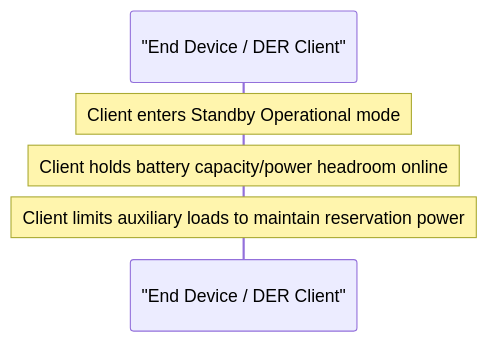
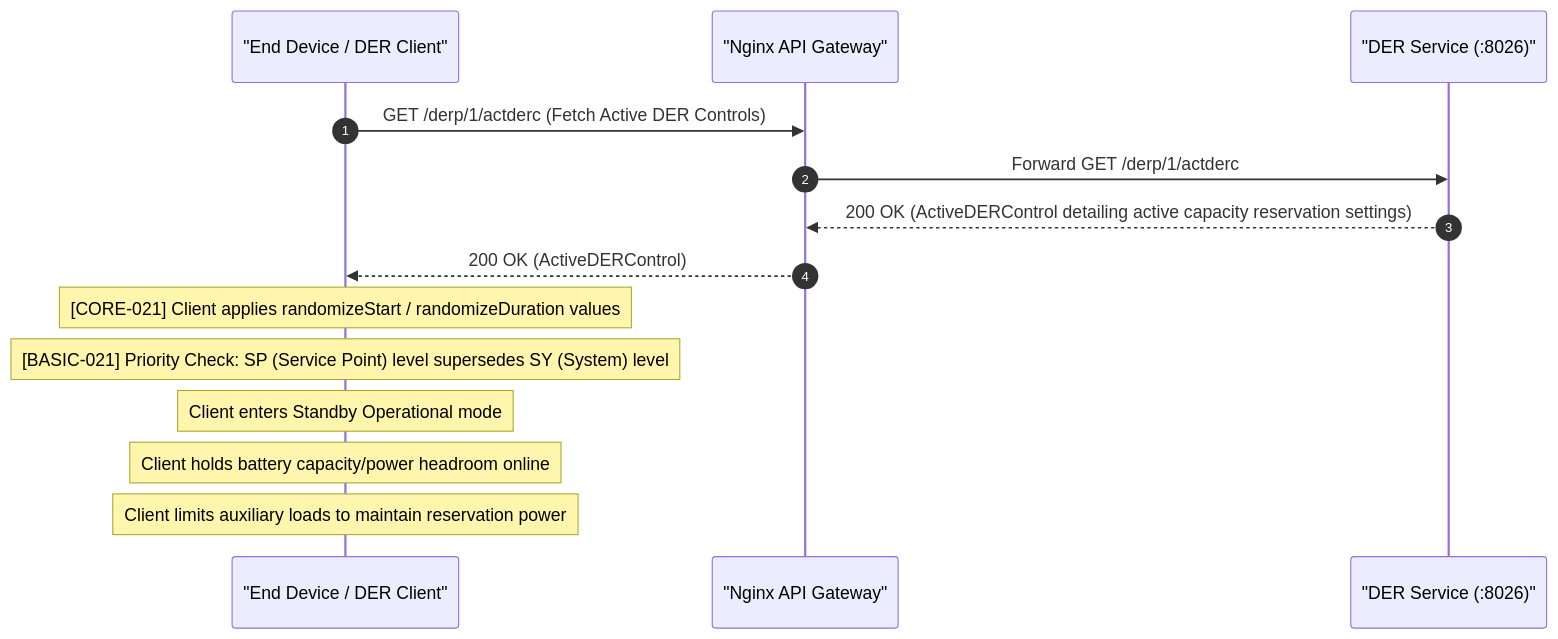
The fourth of 6 diagrams in lifecycles/reserve.md (Tylores/egot), drawn with Mermaid before and after one commit. The commit also changed other lines of this file and 68 other files, not shown here.

Commit message:
refactor: migrate to microservices architecture, add validation tools and scenario tests

````diff
--- a/lifecycles/reserve.md
+++ b/lifecycles/reserve.md
@@ -67,9 +105,18 @@
 ```mermaid
 sequenceDiagram
     autonumber
     participant Client as "End Device / DER Client"
-    
+    participant GW as "Nginx API Gateway"
+    participant DER as "DER Service (:8026)"
+
+    Client->>GW: GET /derp/1/actderc (Fetch Active DER Controls)
+    GW->>DER: Forward GET /derp/1/actderc
+    DER-->>GW: 200 OK (ActiveDERControl detailing active capacity reservation settings)
+    GW-->>Client: 200 OK (ActiveDERControl)
+
+    Note over Client: [CORE-021] Client applies randomizeStart / randomizeDuration values
+    Note over Client: [BASIC-021] Priority Check: SP (Service Point) level supersedes SY (System) level
     Note over Client: Client enters Standby Operational mode
     Note over Client: Client holds battery capacity/power headroom online
     Note over Client: Client limits auxiliary loads to maintain reservation power
 ```
````
